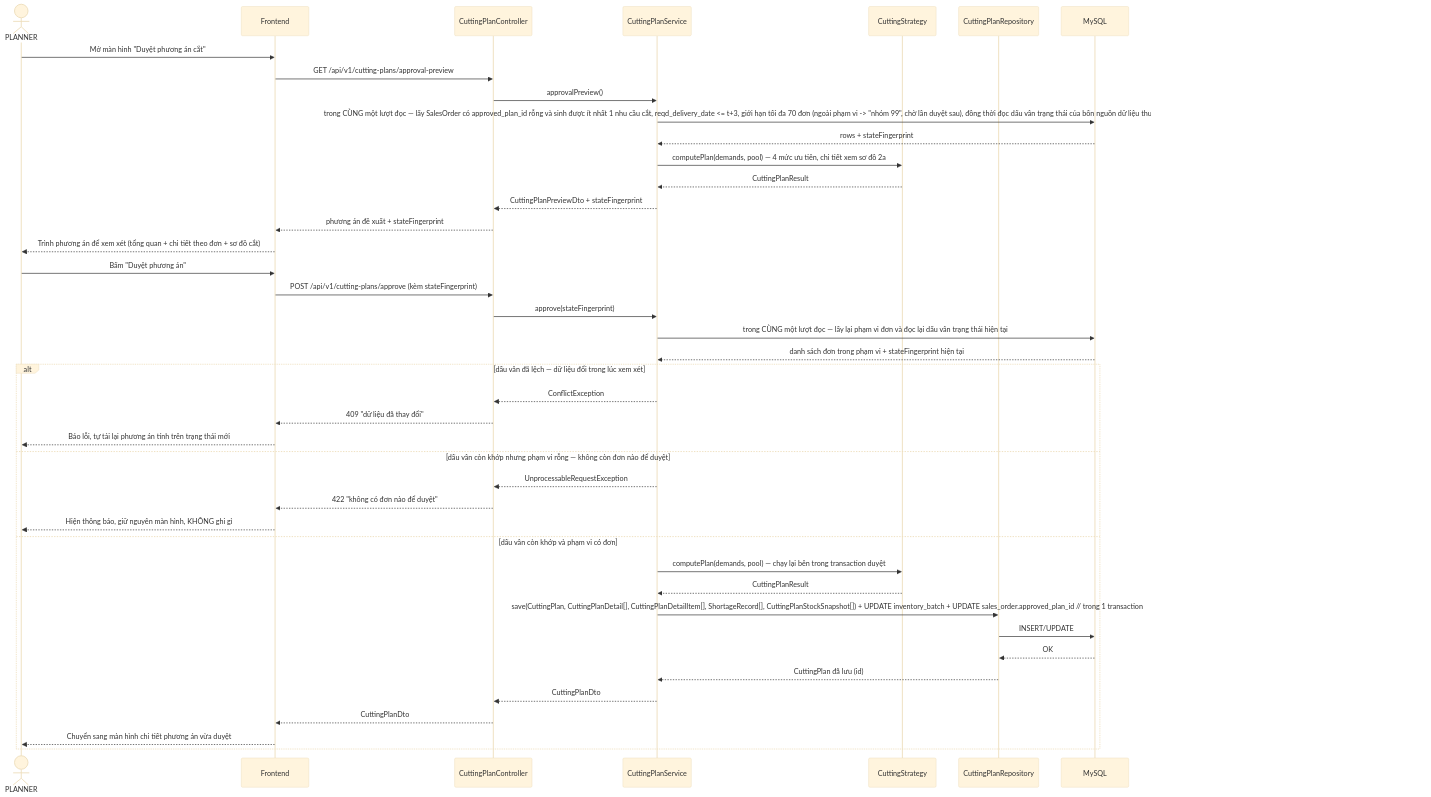
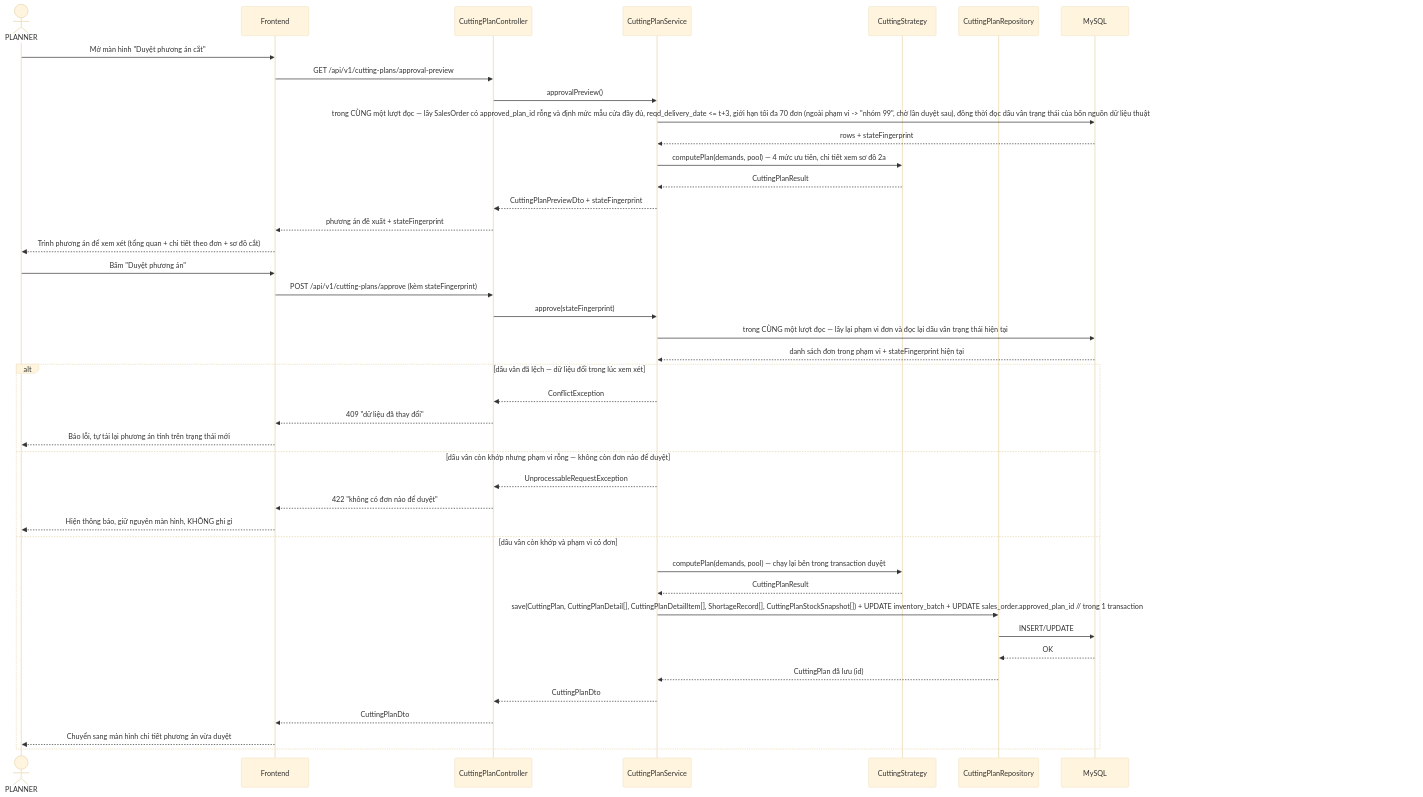
The third of 4 diagrams in docs/sequence-diagrams.md (huydeptraii123/GraduationThesis), drawn with Mermaid (base theme) before and after one commit. The commit also changed other lines of this file and 5 other files, not shown here.

Commit message:
docs: cập nhật luật đơn bị chặn và ghi nhận ảnh hưởng tới số liệu kiểm thử

````diff
--- a/docs/sequence-diagrams.md
+++ b/docs/sequence-diagrams.md
@@ -117,47 +117,47 @@
 ```mermaid
 sequenceDiagram
     actor U as PLANNER
     participant FE as Frontend
     participant C as CuttingPlanController
     participant SVC as CuttingPlanService
     participant CS as CuttingStrategy
     participant REPO as CuttingPlanRepository
     participant DB as MySQL
 
     U->>FE: Mở màn hình "Duyệt phương án cắt"
     FE->>C: GET /api/v1/cutting-plans/approval-preview
     C->>SVC: approvalPreview()
-    SVC->>DB: trong CÙNG một lượt đọc — lấy SalesOrder có approved_plan_id rỗng và sinh được ít nhất 1 nhu cầu cắt, reqd_delivery_date <= t+3, giới hạn tối đa 70 đơn (ngoài phạm vi -> "nhóm 99", chờ lần duyệt sau), đồng thời đọc dấu vân trạng thái của bốn nguồn dữ liệu thuật toán sẽ đọc (đơn chưa duyệt trong hạn giao, tồn kho, định mức, danh mục thanh nan)
+    SVC->>DB: trong CÙNG một lượt đọc — lấy SalesOrder có approved_plan_id rỗng và định mức mẫu cửa đầy đủ, reqd_delivery_date <= t+3, giới hạn tối đa 70 đơn (ngoài phạm vi -> "nhóm 99", chờ lần duyệt sau), đồng thời đọc dấu vân trạng thái của bốn nguồn dữ liệu thuật toán sẽ đọc (đơn chưa duyệt trong hạn giao, tồn kho, định mức, danh mục thanh nan)
     DB-->>SVC: rows + stateFingerprint
     SVC->>CS: computePlan(demands, pool) — 4 mức ưu tiên, chi tiết xem sơ đồ 2a
     CS-->>SVC: CuttingPlanResult
     SVC-->>C: CuttingPlanPreviewDto + stateFingerprint
     C-->>FE: phương án đề xuất + stateFingerprint
     FE-->>U: Trình phương án để xem xét (tổng quan + chi tiết theo đơn + sơ đồ cắt)
 
     U->>FE: Bấm "Duyệt phương án"
     FE->>C: POST /api/v1/cutting-plans/approve (kèm stateFingerprint)
     C->>SVC: approve(stateFingerprint)
     SVC->>DB: trong CÙNG một lượt đọc — lấy lại phạm vi đơn và đọc lại dấu vân trạng thái hiện tại
     DB-->>SVC: danh sách đơn trong phạm vi + stateFingerprint hiện tại
 
     alt dấu vân đã lệch — dữ liệu đổi trong lúc xem xét
         SVC-->>C: ConflictException
         C-->>FE: 409 "dữ liệu đã thay đổi"
         FE-->>U: Báo lỗi, tự tải lại phương án tính trên trạng thái mới
     else dấu vân còn khớp nhưng phạm vi rỗng — không còn đơn nào để duyệt
         SVC-->>C: UnprocessableRequestException
         C-->>FE: 422 "không có đơn nào để duyệt"
         FE-->>U: Hiện thông báo, giữ nguyên màn hình, KHÔNG ghi gì
     else dấu vân còn khớp và phạm vi có đơn
         SVC->>CS: computePlan(demands, pool) — chạy lại bên trong transaction duyệt
         CS-->>SVC: CuttingPlanResult
         SVC->>REPO: save(CuttingPlan, CuttingPlanDetail[], CuttingPlanDetailItem[], ShortageRecord[], CuttingPlanStockSnapshot[]) + UPDATE inventory_batch + UPDATE sales_order.approved_plan_id  // trong 1 transaction
         REPO->>DB: INSERT/UPDATE
         DB-->>REPO: OK
         REPO-->>SVC: CuttingPlan đã lưu (id)
         SVC-->>C: CuttingPlanDto
         C-->>FE: CuttingPlanDto
         FE-->>U: Chuyển sang màn hình chi tiết phương án vừa duyệt
     end
 ```
````
